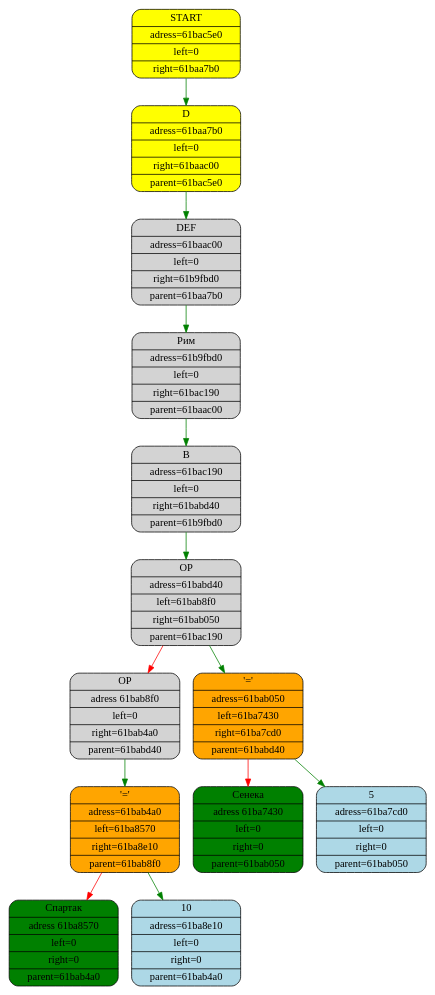
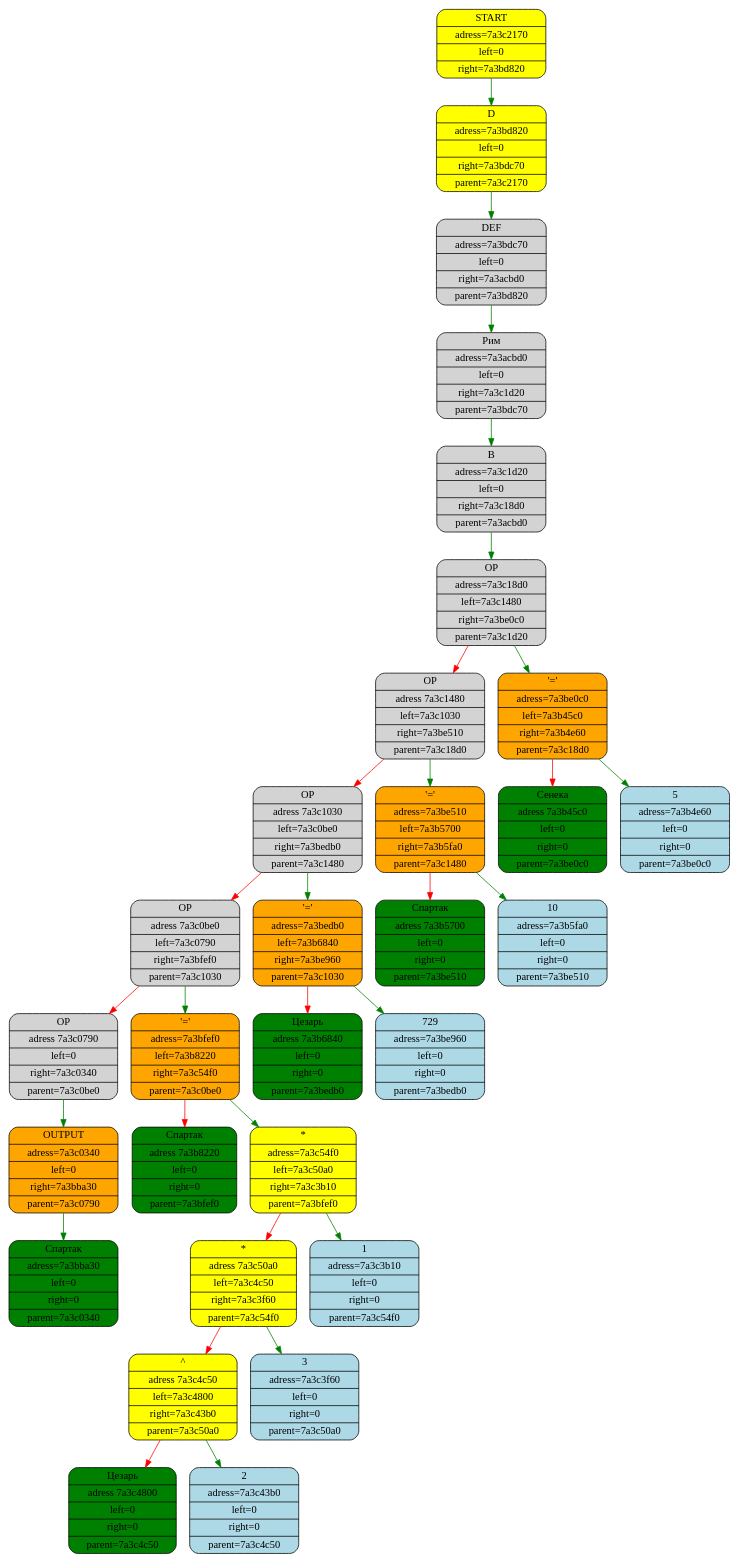
One commit to kostya2709/New_Roman changed the diagram in equation_dump.gv. Above: the diagram before and after it, drawn with Graphviz. The commit also changed 12 other files, not shown here.

```diff
--- a/equation_dump.gv
+++ b/equation_dump.gv
@@ -1,28 +1,62 @@
 digraph First{
 node [shape="Mrecord", style="filled", fillcolor="lightblue"];
-"box61bac5e0" [fillcolor = "yellow",label="{START|adress=61bac5e0|left=0|right=61baa7b0}"];
-"box61baa7b0" [fillcolor="yellow",label="{D|adress=61baa7b0|left=0|right=61baac00|parent=61bac5e0}"];
-"box61bac5e0" -> "box61baa7b0"[color="green"];
-"box61baac00" [fillcolor="",label="{DEF|adress=61baac00|left=0|right=61b9fbd0|parent=61baa7b0}"];
-"box61baa7b0" -> "box61baac00"[color="green"];
-"box61b9fbd0" [fillcolor="",label="{Рим|adress=61b9fbd0|left=0|right=61bac190|parent=61baac00}"];
-"box61baac00" -> "box61b9fbd0"[color="green"];
-"box61bac190" [fillcolor="",label="{B|adress=61bac190|left=0|right=61babd40|parent=61b9fbd0}"];
-"box61b9fbd0" -> "box61bac190"[color="green"];
-"box61babd40" [fillcolor="",label="{OP|adress=61babd40|left=61bab8f0|right=61bab050|parent=61bac190}"];
-"box61bac190" -> "box61babd40"[color="green"];
-"box61bab8f0" [fillcolor="",label="{OP|adress 61bab8f0|left=0|right=61bab4a0|parent=61babd40}"];
-"box61babd40" -> "box61bab8f0"[color="red"];
-"box61bab4a0" [fillcolor="orange",label="{'='|adress=61bab4a0|left=61ba8570|right=61ba8e10|parent=61bab8f0}"];
-"box61bab8f0" -> "box61bab4a0"[color="green"];
-"box61ba8570" [fillcolor="green",label="{Спартак|adress 61ba8570|left=0|right=0|parent=61bab4a0}"];
-"box61bab4a0" -> "box61ba8570"[color="red"];
-"box61ba8e10" [label="{10|adress=61ba8e10|left=0|right=0|parent=61bab4a0}"];
-"box61bab4a0" -> "box61ba8e10"[color="green"];
-"box61bab050" [fillcolor="orange",label="{'='|adress=61bab050|left=61ba7430|right=61ba7cd0|parent=61babd40}"];
-"box61babd40" -> "box61bab050"[color="green"];
-"box61ba7430" [fillcolor="green",label="{Сенека|adress 61ba7430|left=0|right=0|parent=61bab050}"];
-"box61bab050" -> "box61ba7430"[color="red"];
-"box61ba7cd0" [label="{5|adress=61ba7cd0|left=0|right=0|parent=61bab050}"];
-"box61bab050" -> "box61ba7cd0"[color="green"];
+"box7a3c2170" [fillcolor = "yellow",label="{START|adress=7a3c2170|left=0|right=7a3bd820}"];
+"box7a3bd820" [fillcolor="yellow",label="{D|adress=7a3bd820|left=0|right=7a3bdc70|parent=7a3c2170}"];
+"box7a3c2170" -> "box7a3bd820"[color="green"];
+"box7a3bdc70" [fillcolor="",label="{DEF|adress=7a3bdc70|left=0|right=7a3acbd0|parent=7a3bd820}"];
+"box7a3bd820" -> "box7a3bdc70"[color="green"];
+"box7a3acbd0" [fillcolor="",label="{Рим|adress=7a3acbd0|left=0|right=7a3c1d20|parent=7a3bdc70}"];
+"box7a3bdc70" -> "box7a3acbd0"[color="green"];
+"box7a3c1d20" [fillcolor="",label="{B|adress=7a3c1d20|left=0|right=7a3c18d0|parent=7a3acbd0}"];
+"box7a3acbd0" -> "box7a3c1d20"[color="green"];
+"box7a3c18d0" [fillcolor="",label="{OP|adress=7a3c18d0|left=7a3c1480|right=7a3be0c0|parent=7a3c1d20}"];
+"box7a3c1d20" -> "box7a3c18d0"[color="green"];
+"box7a3c1480" [fillcolor="",label="{OP|adress 7a3c1480|left=7a3c1030|right=7a3be510|parent=7a3c18d0}"];
+"box7a3c18d0" -> "box7a3c1480"[color="red"];
+"box7a3c1030" [fillcolor="",label="{OP|adress 7a3c1030|left=7a3c0be0|right=7a3bedb0|parent=7a3c1480}"];
+"box7a3c1480" -> "box7a3c1030"[color="red"];
+"box7a3c0be0" [fillcolor="",label="{OP|adress 7a3c0be0|left=7a3c0790|right=7a3bfef0|parent=7a3c1030}"];
+"box7a3c1030" -> "box7a3c0be0"[color="red"];
+"box7a3c0790" [fillcolor="",label="{OP|adress 7a3c0790|left=0|right=7a3c0340|parent=7a3c0be0}"];
+"box7a3c0be0" -> "box7a3c0790"[color="red"];
+"box7a3c0340" [fillcolor="orange",label="{OUTPUT|adress=7a3c0340|left=0|right=7a3bba30|parent=7a3c0790}"];
+"box7a3c0790" -> "box7a3c0340"[color="green"];
+"box7a3bba30" [fillcolor="green",label="{Спартак|adress=7a3bba30|left=0|right=0|parent=7a3c0340}"];
+"box7a3c0340" -> "box7a3bba30"[color="green"];
+"box7a3bfef0" [fillcolor="orange",label="{'='|adress=7a3bfef0|left=7a3b8220|right=7a3c54f0|parent=7a3c0be0}"];
+"box7a3c0be0" -> "box7a3bfef0"[color="green"];
+"box7a3b8220" [fillcolor="green",label="{Спартак|adress 7a3b8220|left=0|right=0|parent=7a3bfef0}"];
+"box7a3bfef0" -> "box7a3b8220"[color="red"];
+"box7a3c54f0" [fillcolor="yellow",label="{*|adress=7a3c54f0|left=7a3c50a0|right=7a3c3b10|parent=7a3bfef0}"];
+"box7a3bfef0" -> "box7a3c54f0"[color="green"];
+"box7a3c50a0" [fillcolor="yellow",label="{*|adress 7a3c50a0|left=7a3c4c50|right=7a3c3f60|parent=7a3c54f0}"];
+"box7a3c54f0" -> "box7a3c50a0"[color="red"];
+"box7a3c4c50" [fillcolor="yellow",label="{^|adress 7a3c4c50|left=7a3c4800|right=7a3c43b0|parent=7a3c50a0}"];
+"box7a3c50a0" -> "box7a3c4c50"[color="red"];
+"box7a3c4800" [fillcolor="green",label="{Цезарь|adress 7a3c4800|left=0|right=0|parent=7a3c4c50}"];
+"box7a3c4c50" -> "box7a3c4800"[color="red"];
+"box7a3c43b0" [label="{2|adress=7a3c43b0|left=0|right=0|parent=7a3c4c50}"];
+"box7a3c4c50" -> "box7a3c43b0"[color="green"];
+"box7a3c3f60" [label="{3|adress=7a3c3f60|left=0|right=0|parent=7a3c50a0}"];
+"box7a3c50a0" -> "box7a3c3f60"[color="green"];
+"box7a3c3b10" [label="{1|adress=7a3c3b10|left=0|right=0|parent=7a3c54f0}"];
+"box7a3c54f0" -> "box7a3c3b10"[color="green"];
+"box7a3bedb0" [fillcolor="orange",label="{'='|adress=7a3bedb0|left=7a3b6840|right=7a3be960|parent=7a3c1030}"];
+"box7a3c1030" -> "box7a3bedb0"[color="green"];
+"box7a3b6840" [fillcolor="green",label="{Цезарь|adress 7a3b6840|left=0|right=0|parent=7a3bedb0}"];
+"box7a3bedb0" -> "box7a3b6840"[color="red"];
+"box7a3be960" [label="{729|adress=7a3be960|left=0|right=0|parent=7a3bedb0}"];
+"box7a3bedb0" -> "box7a3be960"[color="green"];
+"box7a3be510" [fillcolor="orange",label="{'='|adress=7a3be510|left=7a3b5700|right=7a3b5fa0|parent=7a3c1480}"];
+"box7a3c1480" -> "box7a3be510"[color="green"];
+"box7a3b5700" [fillcolor="green",label="{Спартак|adress 7a3b5700|left=0|right=0|parent=7a3be510}"];
+"box7a3be510" -> "box7a3b5700"[color="red"];
+"box7a3b5fa0" [label="{10|adress=7a3b5fa0|left=0|right=0|parent=7a3be510}"];
+"box7a3be510" -> "box7a3b5fa0"[color="green"];
+"box7a3be0c0" [fillcolor="orange",label="{'='|adress=7a3be0c0|left=7a3b45c0|right=7a3b4e60|parent=7a3c18d0}"];
+"box7a3c18d0" -> "box7a3be0c0"[color="green"];
+"box7a3b45c0" [fillcolor="green",label="{Сенека|adress 7a3b45c0|left=0|right=0|parent=7a3be0c0}"];
+"box7a3be0c0" -> "box7a3b45c0"[color="red"];
+"box7a3b4e60" [label="{5|adress=7a3b4e60|left=0|right=0|parent=7a3be0c0}"];
+"box7a3be0c0" -> "box7a3b4e60"[color="green"];
 }
```
